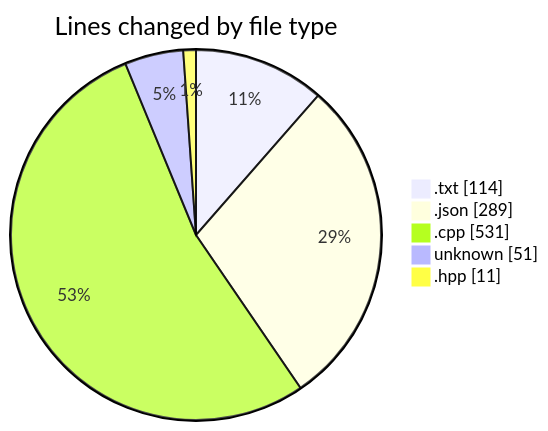
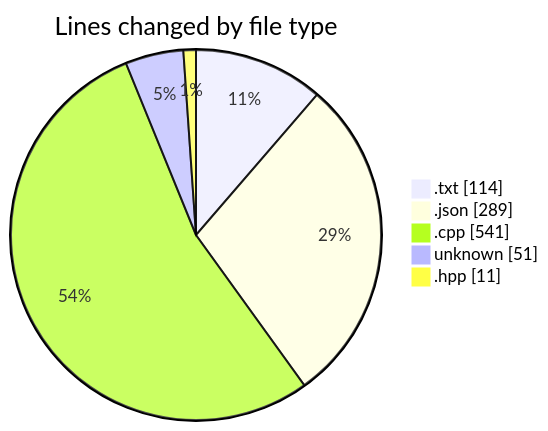
The first of 2 diagrams in 2025-04-07/echo/README.md (Netris89/code-tracking), drawn with Mermaid before and after one commit. The commit also changed other lines of this file and 1 other file, not shown here.

````diff
--- a/2025-04-07/echo/README.md
+++ b/2025-04-07/echo/README.md
@@ -27,9 +27,9 @@
 ```mermaid
 pie showData
 title Lines changed by file type
 ".txt" : 114
 ".json" : 289
-".cpp" : 531
+".cpp" : 541
 "unknown" : 51
 ".hpp" : 11
 ```
````
